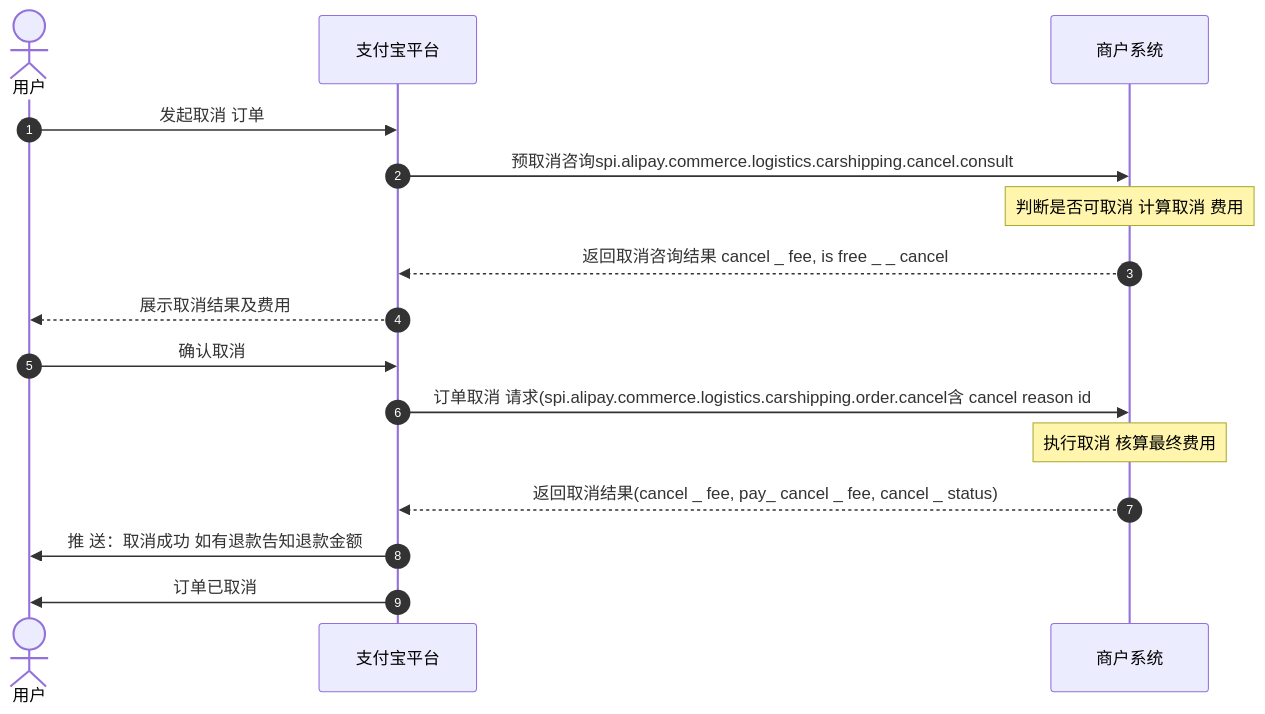
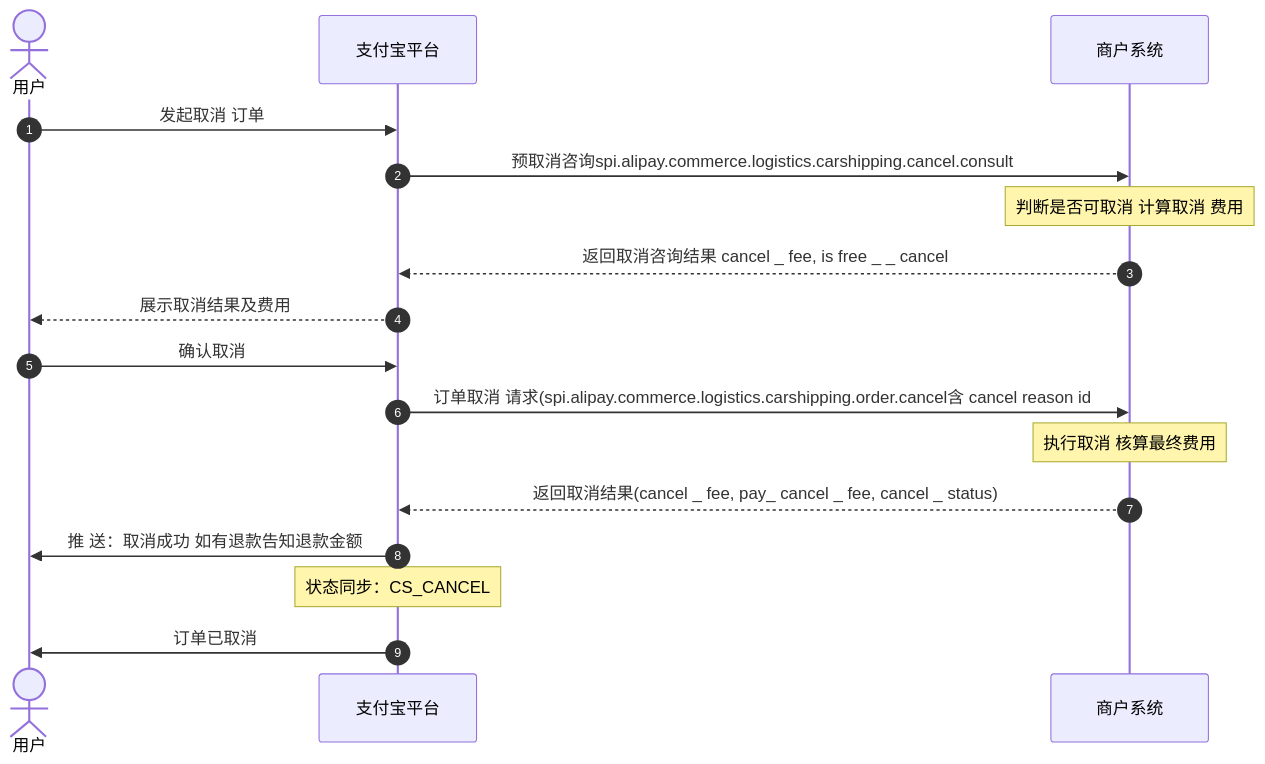
Before and after one commit to pingpm/mermaid_vault: the diagram in mmd/取消 订单时序_e57a9910-97b8-4c65-9669-0c2f3234df41.mmd, drawn with Mermaid. The commit also changed 2 other files, not shown here.

Commit message:
Sync Mermaid Studio data (11 diagrams)

```diff
--- a/mmd/取消 订单时序_e57a9910-97b8-4c65-9669-0c2f3234df41.mmd
+++ b/mmd/取消 订单时序_e57a9910-97b8-4c65-9669-0c2f3234df41.mmd
@@ -1,16 +1,17 @@
 sequenceDiagram
   autonumber
   actor p0 as 用户
   participant p1 as 支付宝平台
   participant p2 as 商户系统
   p0->>p1: 发起取消 订单
   p1->>p2: 预取消咨询spi.alipay.commerce.logistics.carshipping.cancel.consult
   Note over p2: 判断是否可取消 计算取消 费⽤
   p2-->>p1: 返回取消咨询结果 cancel _ fee, is free _ _ cancel
   p1-->>p0: 展示取消结果及费⽤
   p0->>p1: 确认取消
   p1->>p2: 订单取消 请求(spi.alipay.commerce.logistics.carshipping.order.cancel含 cancel reason id
   Note over p2: 执⾏取消 核算最终费⽤
   p2-->>p1: 返回取消结果(cancel _ fee, pay_ cancel _ fee, cancel _ status)
   p1->>p0: 推 送：取消成功 如有退款告知退款⾦额
+  Note over p1: 状态同步：CS_CANCEL
   p1->>p0: 订单已取消
```
